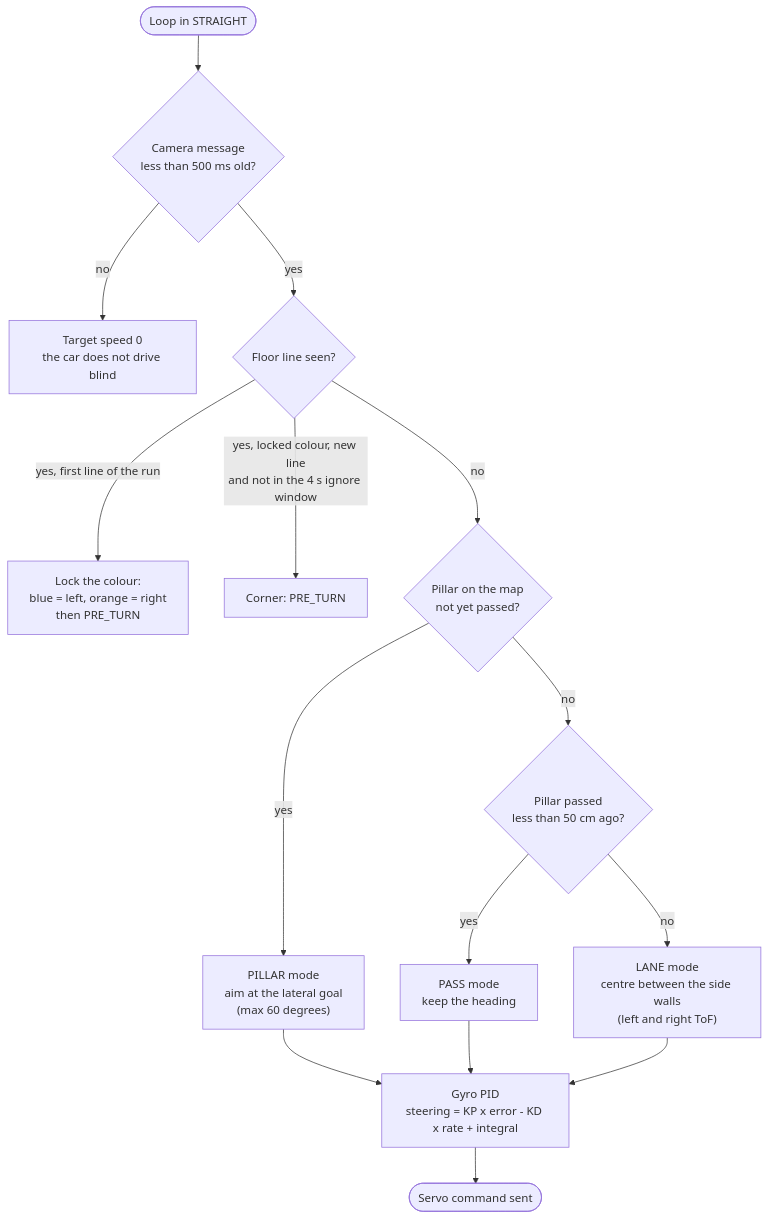
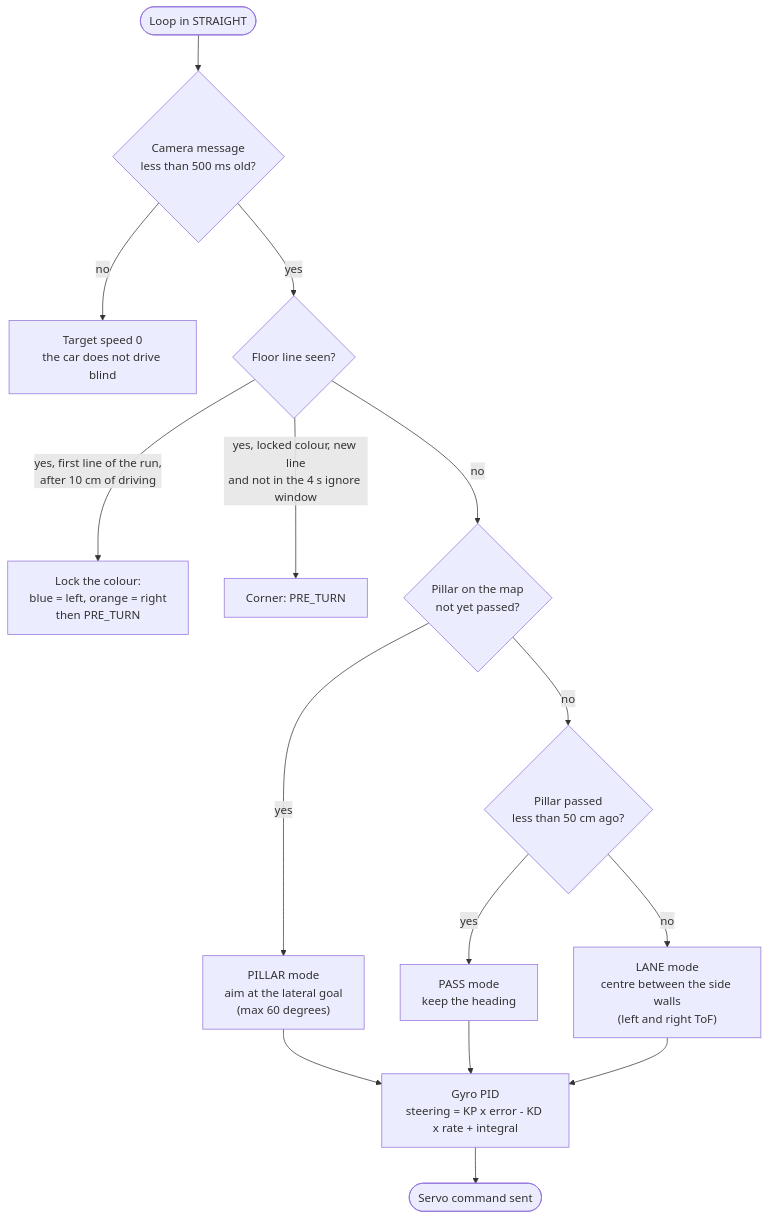
Before and after one commit to henryalejandrorieraloza-sudo/WRO-2026-Future-Engineers-Journal: the second of 2 diagrams in src/obstacle-challenge/obstacle_challenge/README.md, drawn with Mermaid. The commit also changed other lines of this file and 3 other files, not shown here.

````diff
--- a/src/obstacle-challenge/obstacle_challenge/README.md
+++ b/src/obstacle-challenge/obstacle_challenge/README.md
@@ -153,17 +153,17 @@
 ```mermaid
 flowchart TD
     A([Loop in STRAIGHT]) --> B{Camera message<br>less than 500 ms old?}
     B -- no --> Z[Target speed 0<br>the car does not drive blind]
     B -- yes --> C{Floor line seen?}
-    C -- "yes, first line of the run" --> D["Lock the colour:<br>blue = left, orange = right<br>then PRE_TURN"]
+    C -- "yes, first line of the run,<br>after 10 cm of driving" --> D["Lock the colour:<br>blue = left, orange = right<br>then PRE_TURN"]
     C -- "yes, locked colour, new line<br>and not in the 4 s ignore window" --> E["Corner: PRE_TURN"]
     C -- no --> F{Pillar on the map<br>not yet passed?}
     F -- yes --> G["PILLAR mode<br>aim at the lateral goal<br>(max 60 degrees)"]
     F -- no --> H{Pillar passed<br>less than 50 cm ago?}
     H -- yes --> I["PASS mode<br>keep the heading"]
     H -- no --> J["LANE mode<br>centre between the side walls<br>(left and right ToF)"]
     G --> K["Gyro PID<br>steering = KP x error - KD x rate + integral"]
     I --> K
     J --> K
     K --> L([Servo command sent])
 ```
````
